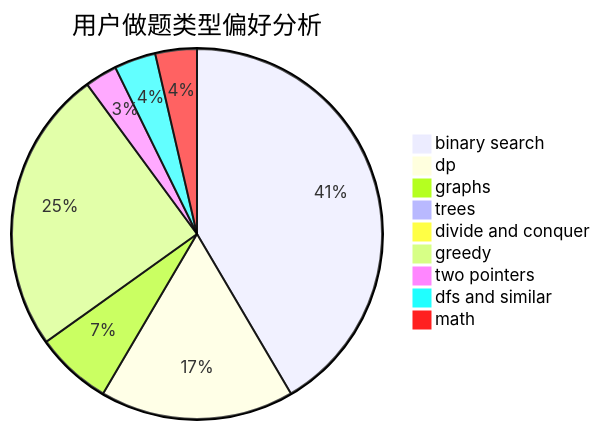
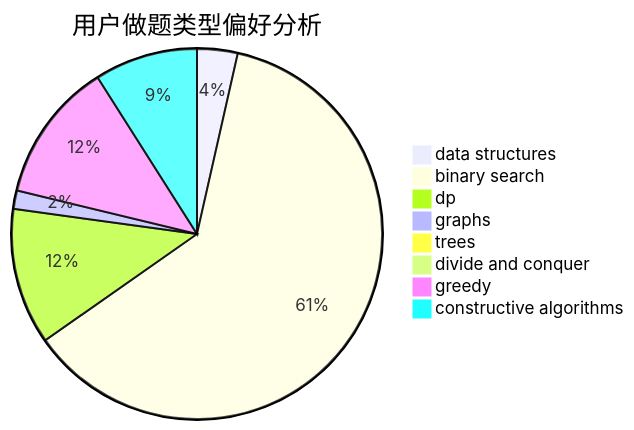
The second of 3 diagrams in docs/user/u1762.md (sherpahu/cfrs.github.io), drawn with Mermaid before and after one commit. The commit also changed other lines of this file and 2775 other files, not shown here.

````diff
--- a/docs/user/u1762.md
+++ b/docs/user/u1762.md
@@ -23,12 +23,11 @@
 ```mermaid
 pie title 用户做题类型偏好分析
-    "binary search" :  206
-    "dp" :  84
-    "graphs" :  33
+    "data structures" :  11
+    "binary search" :  192
+    "dp" :  37
+    "graphs" :  5
     "trees" :  3
     "divide and conquer" :  0
-    "greedy" :  123
-    "two pointers" :  14
-    "dfs and similar" :  18
-    "math" :  18
+    "greedy" :  38
+    "constructive algorithms" :  28
 ```
````
